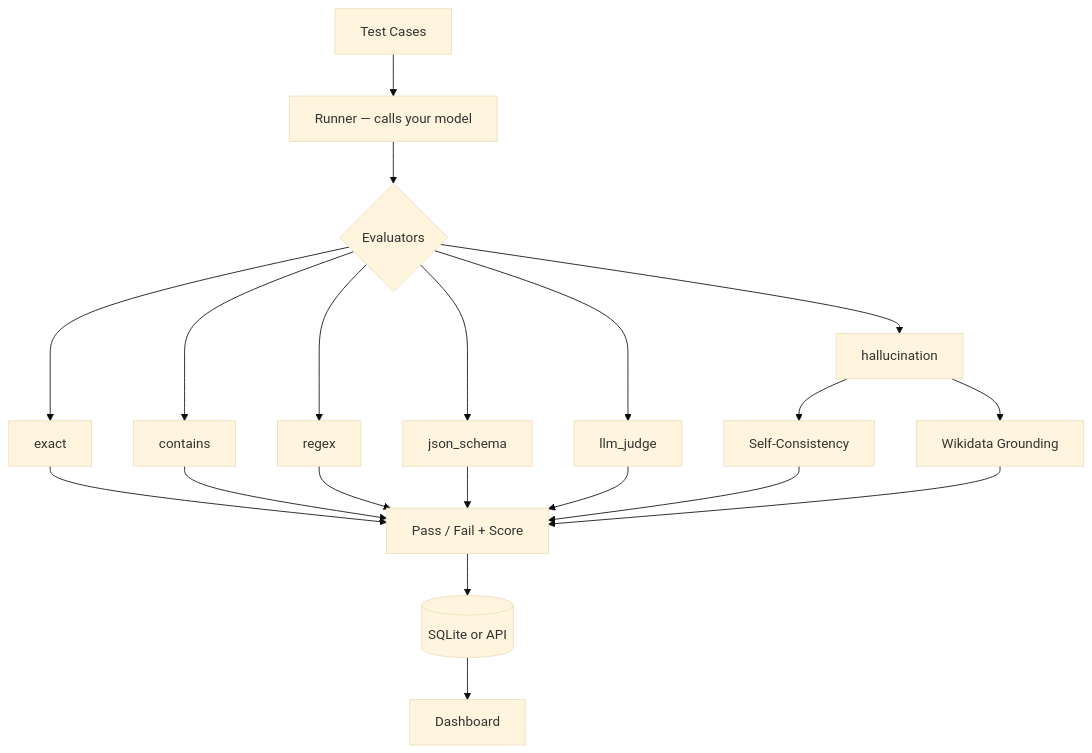
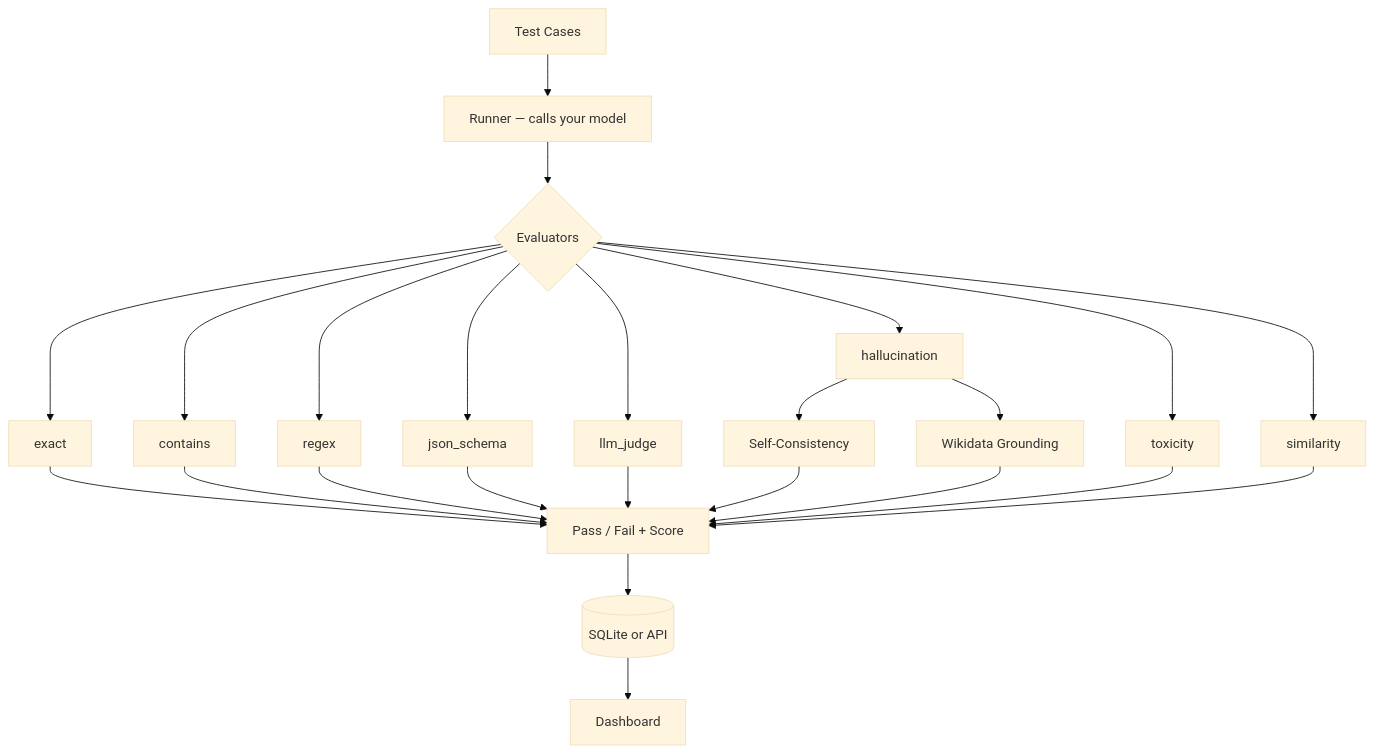
One commit to KamalasankariS/ModelProbe changed the diagram in README.md. Above: the diagram before and after it, drawn with Mermaid (base theme). The commit also changed other lines of this file, not shown here.

Commit message:
update: add toxicity and similarity evaluators to readme doc

````diff
--- a/README.md
+++ b/README.md
@@ -16,16 +16,18 @@
 ```mermaid
 flowchart TD
     A[Test Cases] --> B[Runner — calls your model]
     B --> C{Evaluators}
     C --> C1[exact]
     C --> C2[contains]
     C --> C3[regex]
     C --> C4[json_schema]
     C --> C5[llm_judge]
     C --> C6[hallucination]
+    C --> C7[toxicity]
+    C --> C8[similarity]
     C6 --> H1[Self-Consistency]
     C6 --> H2[Wikidata Grounding]
-    C1 & C2 & C3 & C4 & C5 & H1 & H2 --> D[Pass / Fail + Score]
+    C1 & C2 & C3 & C4 & C5 & H1 & H2 & C7 & C8 --> D[Pass / Fail + Score]
     D --> E[(SQLite or API)]
     E --> F[Dashboard]
 ```
````
